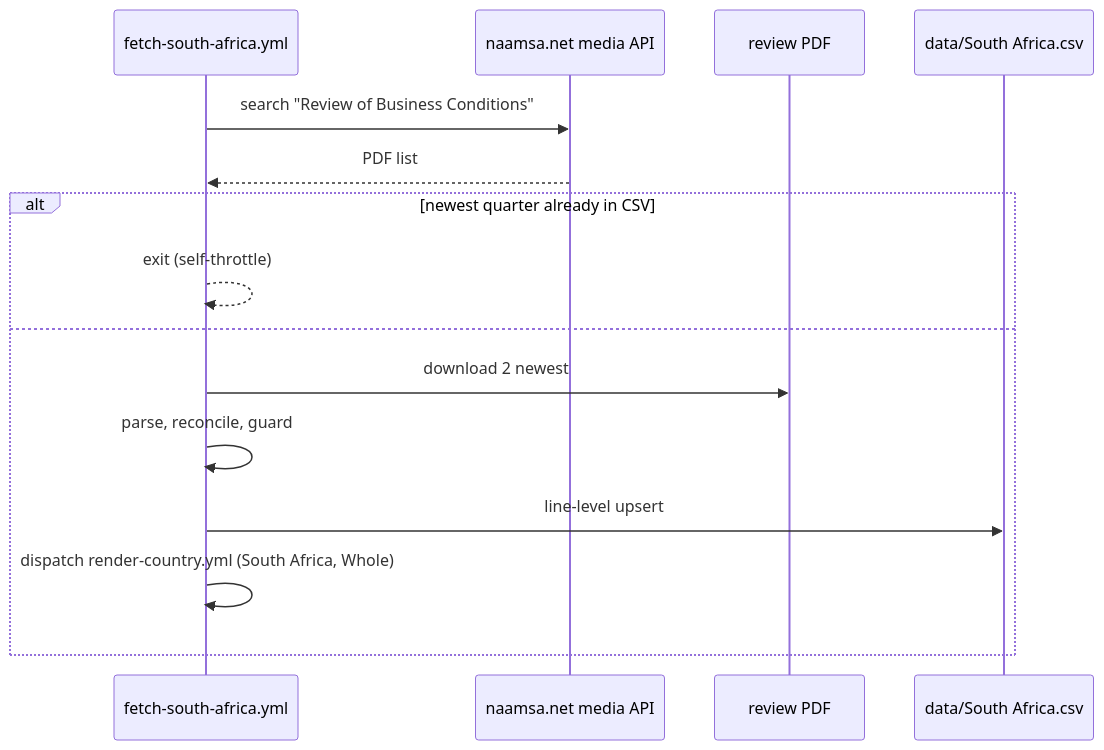
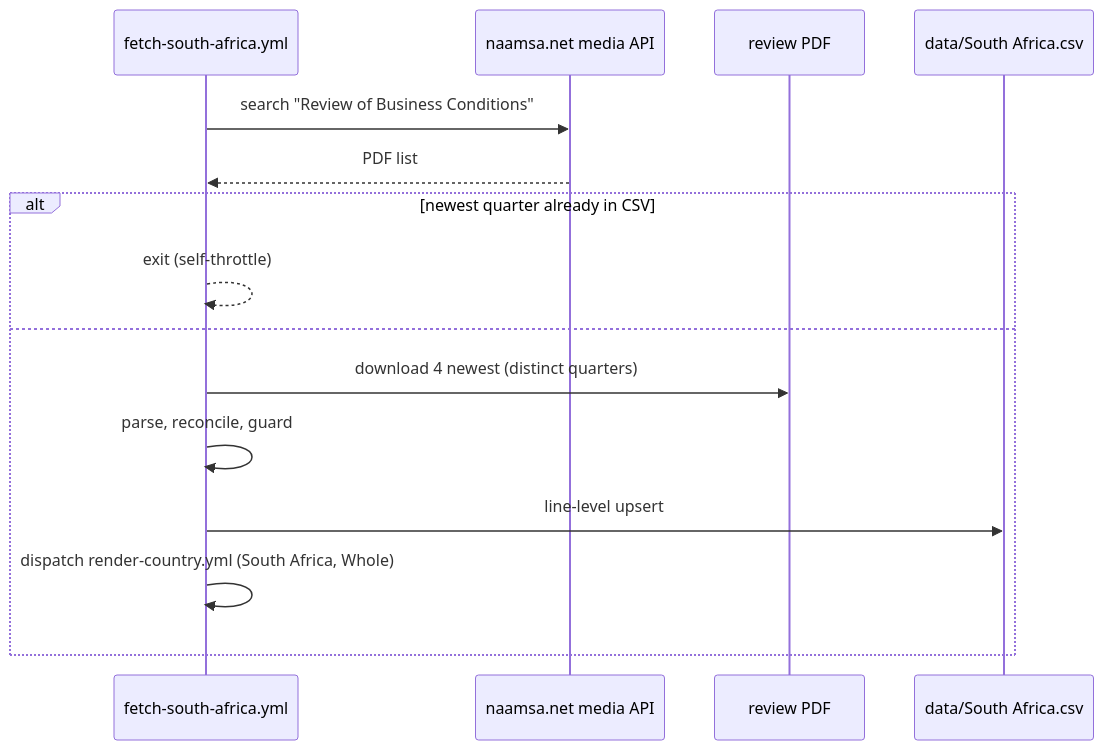
The diagram in docs/architecture/56-source-south-africa.md (LeRaffl/LeRaffl-Gallery), drawn with Mermaid before and after one commit. The commit also changed other lines of this file and 2 other files, not shown here.

First line of the commit message:
fix(south-africa): read the four newest reviews so the PHEV/HEV swap check runs on every normal run

````diff
--- a/docs/architecture/56-source-south-africa.md
+++ b/docs/architecture/56-source-south-africa.md
@@ -212,17 +214,17 @@
 ```mermaid
 sequenceDiagram
   participant GH as fetch-south-africa.yml
   participant WP as naamsa.net media API
   participant PDF as review PDF
   participant CSV as data/South Africa.csv
   GH->>WP: search "Review of Business Conditions"
   WP-->>GH: PDF list
   alt newest quarter already in CSV
     GH-->>GH: exit (self-throttle)
   else
-    GH->>PDF: download 2 newest
+    GH->>PDF: download 4 newest (distinct quarters)
     GH->>GH: parse, reconcile, guard
     GH->>CSV: line-level upsert
     GH->>GH: dispatch render-country.yml (South Africa, Whole)
   end
 ```
````
